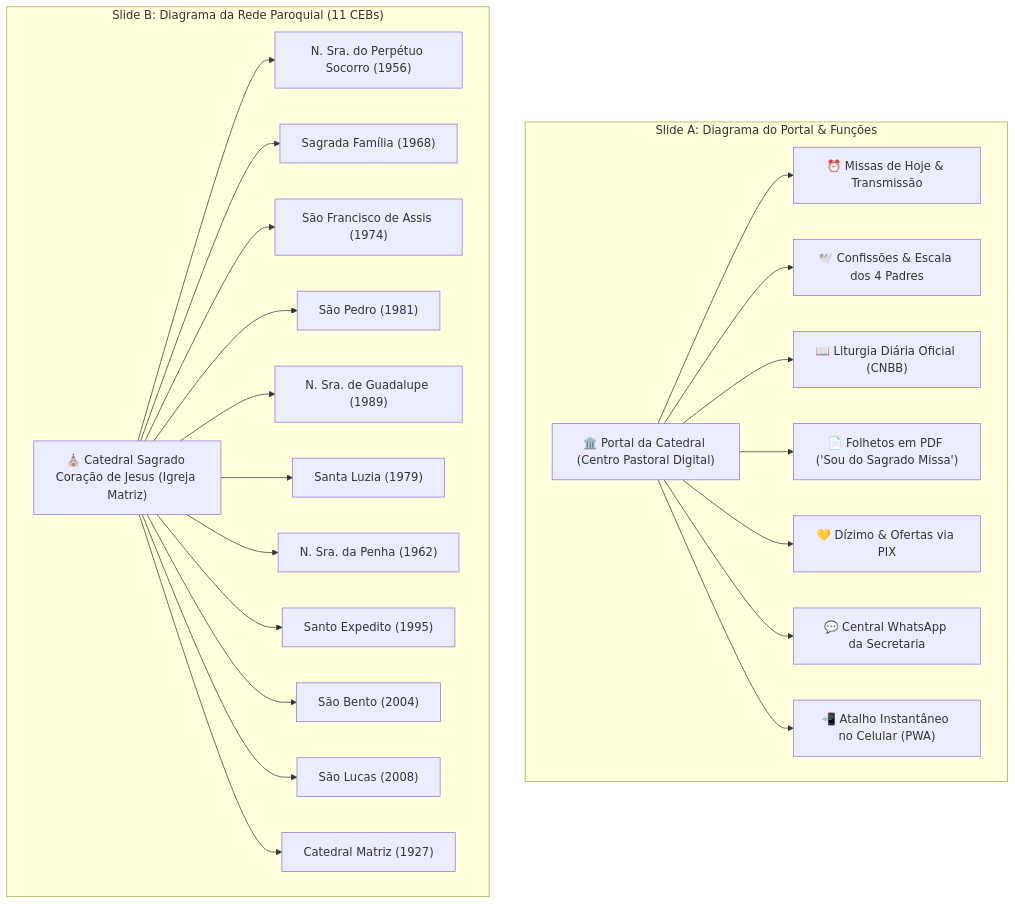
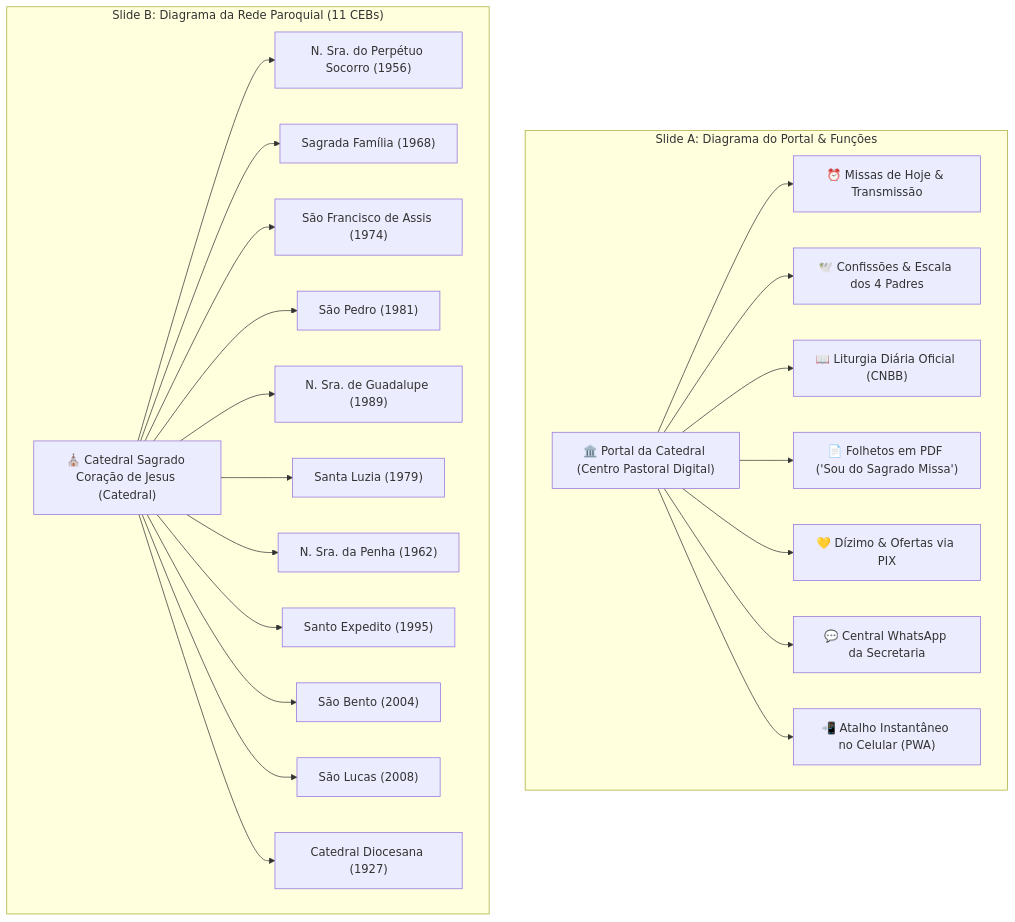
The diagram in [documentation]/planejamento/PLANO_DIAGRAMAS_APRESENTACAO.md (ecclesiamapp/user), drawn with Mermaid before and after one commit. The commit also changed other lines of this file and 151 other files, not shown here.

````diff
--- a/[documentation]/planejamento/PLANO_DIAGRAMAS_APRESENTACAO.md
+++ b/[documentation]/planejamento/PLANO_DIAGRAMAS_APRESENTACAO.md
@@ -15,28 +15,28 @@
 ```mermaid
 graph TD
     subgraph Slide_A ["Slide A: Diagrama do Portal & Funções"]
         RootA["🏛️ Portal da Catedral (Centro Pastoral Digital)"]
         RootA --> F1["⏰ Missas de Hoje & Transmissão"]
         RootA --> F2["🕊️ Confissões & Escala dos 4 Padres"]
         RootA --> F3["📖 Liturgia Diária Oficial (CNBB)"]
         RootA --> F4["📄 Folhetos em PDF ('Sou do Sagrado Missa')"]
         RootA --> F5["💛 Dízimo & Ofertas via PIX"]
         RootA --> F6["💬 Central WhatsApp da Secretaria"]
         RootA --> F7["📲 Atalho Instantâneo no Celular (PWA)"]
     end
 
     subgraph Slide_B ["Slide B: Diagrama da Rede Paroquial (11 CEBs)"]
-        RootB["⛪ Catedral Sagrado Coração de Jesus (Igreja Matriz)"]
+        RootB["⛪ Catedral Sagrado Coração de Jesus (Catedral)"]
         RootB --> C1["N. Sra. do Perpétuo Socorro (1956)"]
         RootB --> C2["Sagrada Família (1968)"]
         RootB --> C3["São Francisco de Assis (1974)"]
         RootB --> C4["São Pedro (1981)"]
         RootB --> C5["N. Sra. de Guadalupe (1989)"]
         RootB --> C6["Santa Luzia (1979)"]
         RootB --> C7["N. Sra. da Penha (1962)"]
         RootB --> C8["Santo Expedito (1995)"]
         RootB --> C9["São Bento (2004)"]
         RootB --> C10["São Lucas (2008)"]
-        RootB --> C11["Catedral Matriz (1927)"]
+        RootB --> C11["Catedral Diocesana (1927)"]
     end
 ```
````
